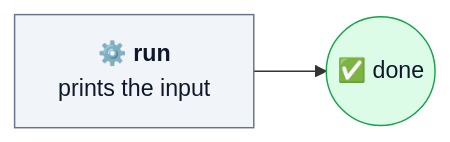
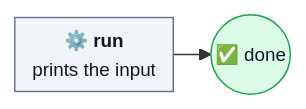
Before and after one commit to dna113p/machine-shop: the diagram in docs/workflows/smoke.md, drawn with Mermaid. The commit also changed 13 other files, not shown here.

First line of the commit message:
The workflow diagrams are about half their size

````diff
--- a/docs/workflows/smoke.md
+++ b/docs/workflows/smoke.md
@@ -22,9 +22,10 @@
 ```mermaid
+%%{init: {"themeVariables": {"fontSize": "13px"}, "flowchart": {"nodeSpacing": 16, "rankSpacing": 26, "padding": 6, "diagramPadding": 4}}}%%
 flowchart LR
   run["⚙️ <b>run</b><br/>prints the input"] --> done(("✅ done"))
 
   classDef op fill:#f1f5f9,stroke:#64748b,color:#0f172a
   classDef good fill:#dcfce7,stroke:#16a34a,color:#0f172a
   class run op
   class done good
 ```
````
